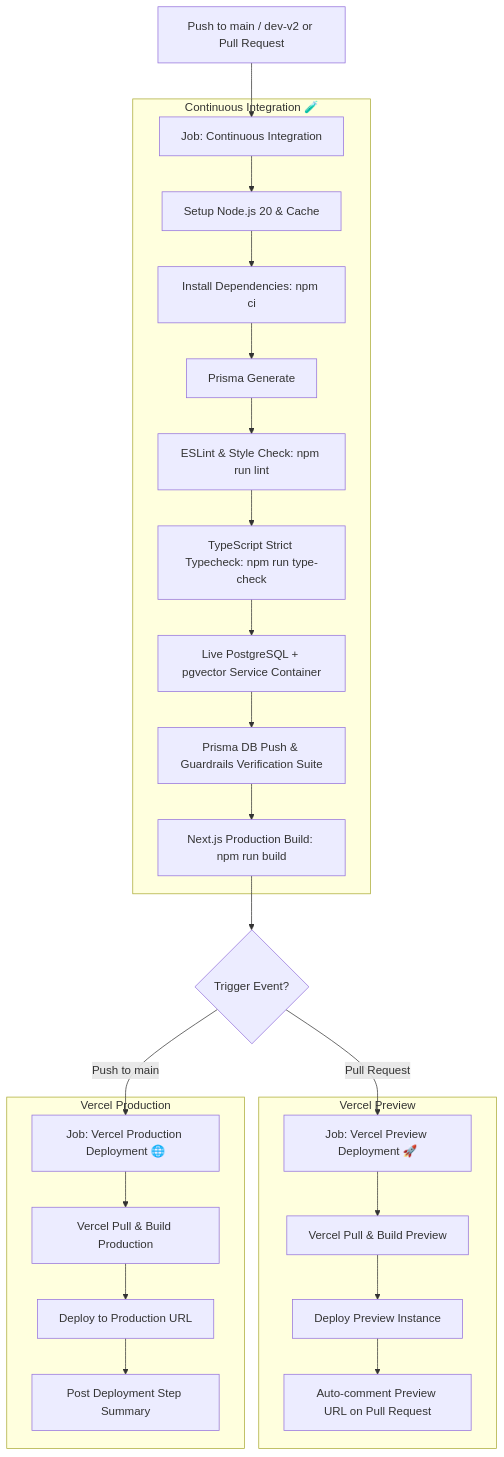
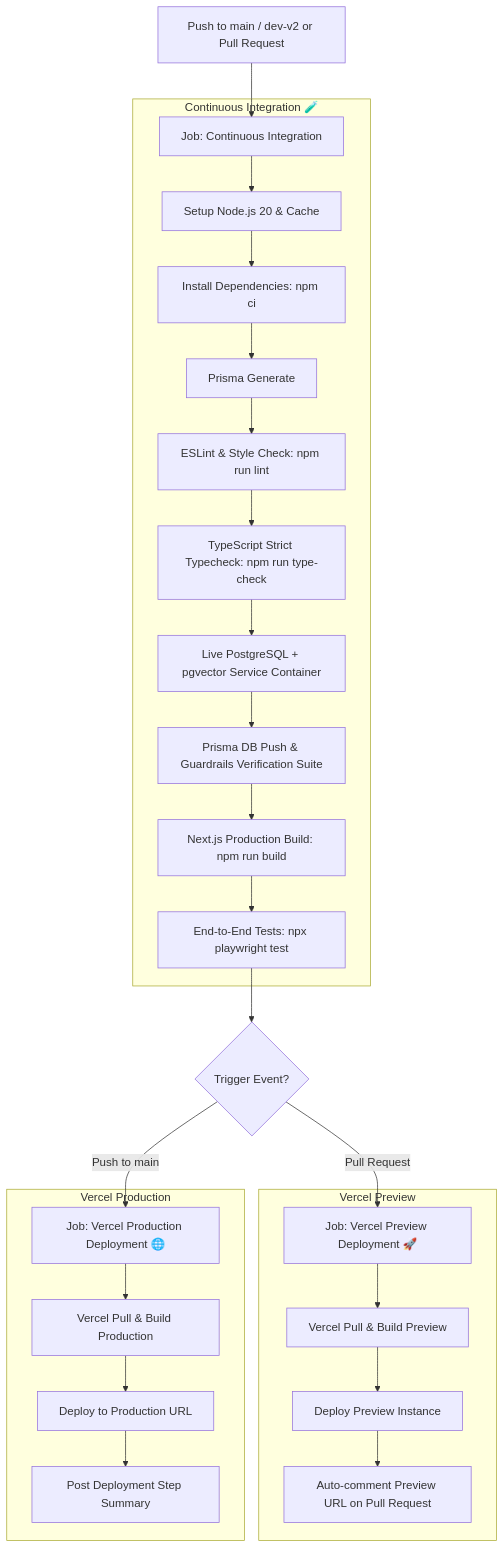
Before and after one commit to LyhaiTe/UrFuture: the diagram in CI_CD_GUIDE.md, drawn with Mermaid. The commit also changed other lines of this file and 13 other files, not shown here.

````diff
--- a/CI_CD_GUIDE.md
+++ b/CI_CD_GUIDE.md
@@ -11,30 +11,31 @@
 ```mermaid
 flowchart TD
     A[Push to main / dev-v2 or Pull Request] --> B[Job: Continuous Integration]
     subgraph CI [Continuous Integration 🧪]
         B --> C[Setup Node.js 20 & Cache]
         C --> D[Install Dependencies: npm ci]
         D --> E[Prisma Generate]
         E --> F[ESLint & Style Check: npm run lint]
         F --> G[TypeScript Strict Typecheck: npm run type-check]
         G --> H[Live PostgreSQL + pgvector Service Container]
         H --> I[Prisma DB Push & Guardrails Verification Suite]
         I --> J[Next.js Production Build: npm run build]
+        J --> K[End-to-End Tests: npx playwright test]
     end
 
-    J --> K{Trigger Event?}
-    K -- Pull Request --> L[Job: Vercel Preview Deployment 🚀]
-    K -- Push to main --> M[Job: Vercel Production Deployment 🌐]
+    K --> L{Trigger Event?}
+    L -- Pull Request --> M[Job: Vercel Preview Deployment 🚀]
+    L -- Push to main --> N[Job: Vercel Production Deployment 🌐]
 
     subgraph Preview [Vercel Preview]
-        L --> L1[Vercel Pull & Build Preview]
-        L1 --> L2[Deploy Preview Instance]
-        L2 --> L3[Auto-comment Preview URL on Pull Request]
+        M --> M1[Vercel Pull & Build Preview]
+        M1 --> M2[Deploy Preview Instance]
+        M2 --> M3[Auto-comment Preview URL on Pull Request]
     end
 
     subgraph Production [Vercel Production]
-        M --> M1[Vercel Pull & Build Production]
-        M1 --> M2[Deploy to Production URL]
-        M2 --> M3[Post Deployment Step Summary]
+        N --> N1[Vercel Pull & Build Production]
+        N1 --> N2[Deploy to Production URL]
+        N2 --> N3[Post Deployment Step Summary]
     end
 ```
````
